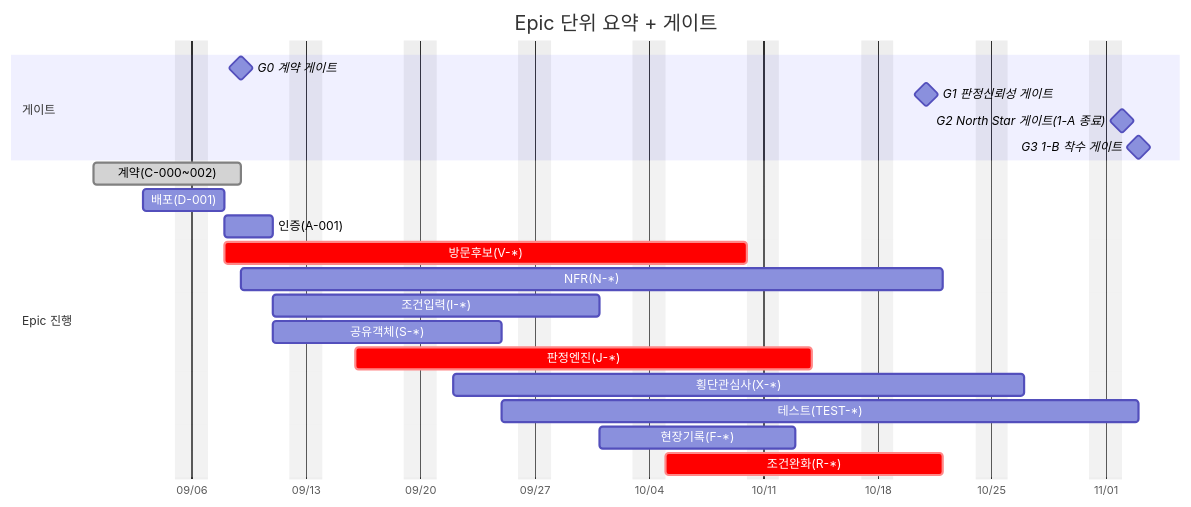
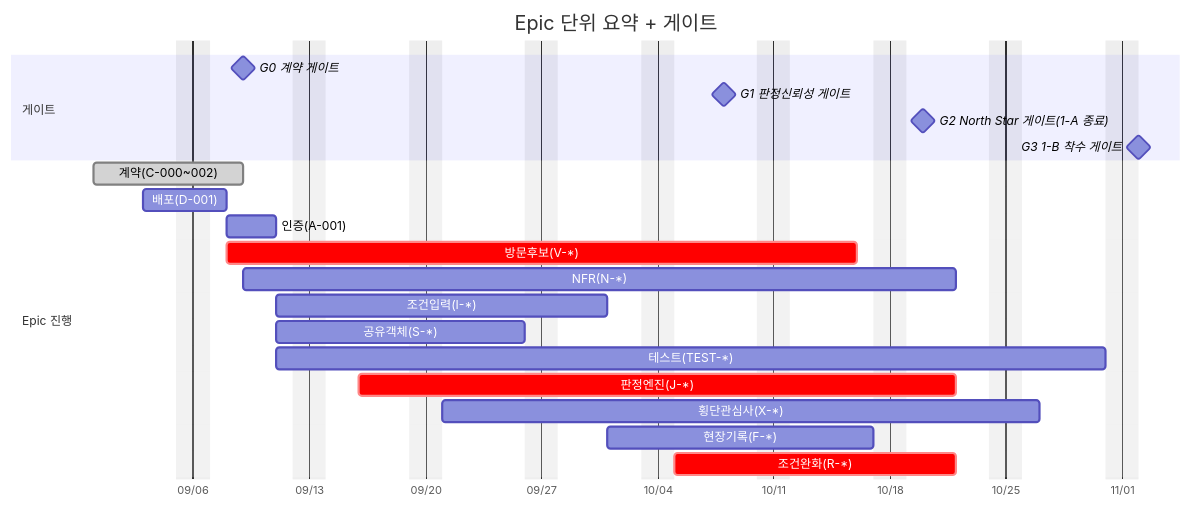
Before and after one commit to soobworks/SRS_project: the sixth of 6 diagrams in SRS_project/tasks/v2/[총괄] 개발 실행 계획.md, drawn with Mermaid. The commit also changed other lines of this file and 1 other file, not shown here.

````diff
--- a/SRS_project/tasks/v2/[총괄] 개발 실행 계획.md
+++ b/SRS_project/tasks/v2/[총괄] 개발 실행 계획.md
@@ -414,27 +402,27 @@
 ```mermaid
 gantt
     title Epic 단위 요약 + 게이트
     dateFormat YYYY-MM-DD
     axisFormat %m/%d
     excludes weekends
 
     section 게이트
     G0 계약 게이트         :milestone, g0, 2026-09-09, 0d
-    G1 판정신뢰성 게이트   :milestone, g1, 2026-10-21, 0d
-    G2 North Star 게이트(1-A 종료) :milestone, g2, 2026-11-02, 0d
-    G3 1-B 착수 게이트     :milestone, g3, 2026-11-03, 0d
+    G1 판정신뢰성 게이트   :milestone, g1, 2026-10-08, 0d
+    G2 North Star 게이트(1-A 종료) :milestone, g2, 2026-10-20, 0d
+    G3 1-B 착수 게이트     :milestone, g3, 2026-11-02, 0d
 
     section Epic 진행
     계약(C-000~002)        :done, e1, 2026-08-31, 7d
     배포(D-001)             :e10, 2026-09-03, 3d
     인증(A-001)             :e2, 2026-09-08, 3d
-    방문후보(V-*)           :crit, e6, 2026-09-08, 24d
+    방문후보(V-*)           :crit, e6, 2026-09-08, 28d
     NFR(N-*)                :e11, 2026-09-09, 31d
     조건입력(I-*)           :e4, 2026-09-11, 14d
-    공유객체(S-*)           :e5, 2026-09-11, 10d
-    판정엔진(J-*)           :crit, e3, 2026-09-16, 20d
-    횡단관심사(X-*)         :e8, 2026-09-22, 25d
-    테스트(TEST-*)          :e12, 2026-09-25, 27d
-    현장기록(F-*)           :e9, 2026-10-01, 8d
+    공유객체(S-*)           :e5, 2026-09-11, 11d
+    테스트(TEST-*)          :e12, 2026-09-11, 36d
+    판정엔진(J-*)           :crit, e3, 2026-09-16, 26d
+    횡단관심사(X-*)         :e8, 2026-09-21, 26d
+    현장기록(F-*)           :e9, 2026-10-01, 12d
     조건완화(R-*)           :crit, e7, 2026-10-05, 13d
 ```
````
